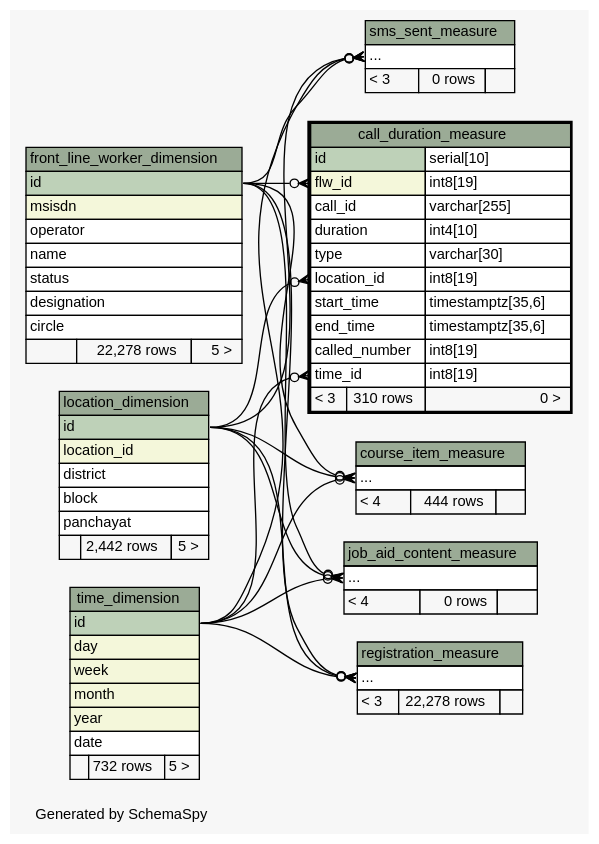
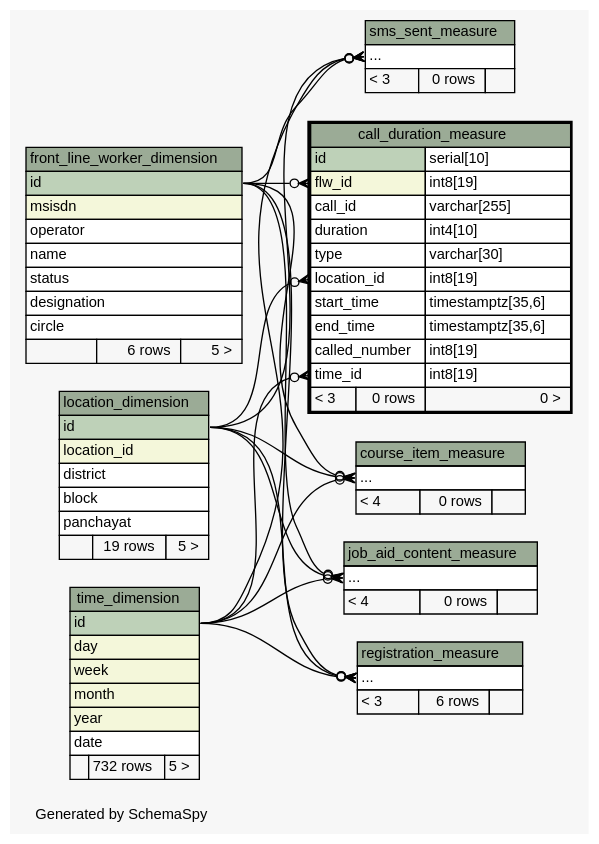
The diagram in ananya-report/build/schemaspy-output/diagrams/call_duration_measure.2degrees.dot (motech/ananya), drawn with Graphviz before and after one commit. The commit also changed 76 other files, not shown here.

```diff
--- a/ananya-report/build/schemaspy-output/diagrams/call_duration_measure.2degrees.dot
+++ b/ananya-report/build/schemaspy-output/diagrams/call_duration_measure.2degrees.dot
@@ -1,141 +1,141 @@
 // dot 2.26.3 on Linux 2.6.38-11-generic-pae
 // SchemaSpy rev 590
 digraph "twoDegreesRelationshipsDiagram" {
   graph [
     rankdir="RL"
     bgcolor="#f7f7f7"
     label="\nGenerated by SchemaSpy"
     labeljust="l"
     nodesep="0.18"
     ranksep="0.46"
     fontname="Helvetica"
     fontsize="11"
   ];
   node [
     fontname="Helvetica"
     fontsize="11"
     shape="plaintext"
   ];
   edge [
     arrowsize="0.8"
   ];
   "call_duration_measure":"flw_id":w -> "front_line_worker_dimension":"id":e [arrowhead=none dir=back arrowtail=crowodot];
   "call_duration_measure":"location_id":w -> "location_dimension":"id":e [arrowhead=none dir=back arrowtail=crowodot];
   "call_duration_measure":"time_id":w -> "time_dimension":"id":e [arrowhead=none dir=back arrowtail=crowodot];
   "course_item_measure":"elipses":w -> "front_line_worker_dimension":"id":e [arrowhead=none dir=back arrowtail=crowodot];
   "course_item_measure":"elipses":w -> "location_dimension":"id":e [arrowhead=none dir=back arrowtail=crowodot];
   "course_item_measure":"elipses":w -> "time_dimension":"id":e [arrowhead=none dir=back arrowtail=crowodot];
   "job_aid_content_measure":"elipses":w -> "front_line_worker_dimension":"id":e [arrowhead=none dir=back arrowtail=crowodot];
   "job_aid_content_measure":"elipses":w -> "location_dimension":"id":e [arrowhead=none dir=back arrowtail=crowodot];
   "job_aid_content_measure":"elipses":w -> "time_dimension":"id":e [arrowhead=none dir=back arrowtail=crowodot];
   "registration_measure":"elipses":w -> "front_line_worker_dimension":"id":e [arrowhead=none dir=back arrowtail=crowodot];
   "registration_measure":"elipses":w -> "location_dimension":"id":e [arrowhead=none dir=back arrowtail=crowodot];
   "registration_measure":"elipses":w -> "time_dimension":"id":e [arrowhead=none dir=back arrowtail=crowodot];
   "sms_sent_measure":"elipses":w -> "front_line_worker_dimension":"id":e [arrowhead=none dir=back arrowtail=crowodot];
   "sms_sent_measure":"elipses":w -> "location_dimension":"id":e [arrowhead=none dir=back arrowtail=crowodot];
   "sms_sent_measure":"elipses":w -> "time_dimension":"id":e [arrowhead=none dir=back arrowtail=crowodot];
   "call_duration_measure" [
     label=<
     <TABLE BORDER="2" CELLBORDER="1" CELLSPACING="0" BGCOLOR="#ffffff">
       <TR><TD COLSPAN="3" BGCOLOR="#9bab96" ALIGN="CENTER">call_duration_measure</TD></TR>
       <TR><TD PORT="id" COLSPAN="2" BGCOLOR="#bed1b8" ALIGN="LEFT">id</TD><TD PORT="id.type" ALIGN="LEFT">serial[10]</TD></TR>
       <TR><TD PORT="flw_id" COLSPAN="2" BGCOLOR="#f4f7da" ALIGN="LEFT">flw_id</TD><TD PORT="flw_id.type" ALIGN="LEFT">int8[19]</TD></TR>
       <TR><TD PORT="call_id" COLSPAN="2" ALIGN="LEFT">call_id</TD><TD PORT="call_id.type" ALIGN="LEFT">varchar[255]</TD></TR>
       <TR><TD PORT="duration" COLSPAN="2" ALIGN="LEFT">duration</TD><TD PORT="duration.type" ALIGN="LEFT">int4[10]</TD></TR>
       <TR><TD PORT="type" COLSPAN="2" ALIGN="LEFT">type</TD><TD PORT="type.type" ALIGN="LEFT">varchar[30]</TD></TR>
       <TR><TD PORT="location_id" COLSPAN="2" ALIGN="LEFT">location_id</TD><TD PORT="location_id.type" ALIGN="LEFT">int8[19]</TD></TR>
       <TR><TD PORT="start_time" COLSPAN="2" ALIGN="LEFT">start_time</TD><TD PORT="start_time.type" ALIGN="LEFT">timestamptz[35,6]</TD></TR>
       <TR><TD PORT="end_time" COLSPAN="2" ALIGN="LEFT">end_time</TD><TD PORT="end_time.type" ALIGN="LEFT">timestamptz[35,6]</TD></TR>
       <TR><TD PORT="called_number" COLSPAN="2" ALIGN="LEFT">called_number</TD><TD PORT="called_number.type" ALIGN="LEFT">int8[19]</TD></TR>
       <TR><TD PORT="time_id" COLSPAN="2" ALIGN="LEFT">time_id</TD><TD PORT="time_id.type" ALIGN="LEFT">int8[19]</TD></TR>
-      <TR><TD ALIGN="LEFT" BGCOLOR="#f7f7f7">&lt; 3</TD><TD ALIGN="RIGHT" BGCOLOR="#f7f7f7">310 rows</TD><TD ALIGN="RIGHT" BGCOLOR="#f7f7f7">0 &gt;</TD></TR>
+      <TR><TD ALIGN="LEFT" BGCOLOR="#f7f7f7">&lt; 3</TD><TD ALIGN="RIGHT" BGCOLOR="#f7f7f7">0 rows</TD><TD ALIGN="RIGHT" BGCOLOR="#f7f7f7">0 &gt;</TD></TR>
     </TABLE>>
     URL="call_duration_measure.html"
     tooltip="call_duration_measure"
   ];
   "course_item_measure" [
     label=<
     <TABLE BORDER="0" CELLBORDER="1" CELLSPACING="0" BGCOLOR="#ffffff">
       <TR><TD COLSPAN="3" BGCOLOR="#9bab96" ALIGN="CENTER">course_item_measure</TD></TR>
       <TR><TD PORT="elipses" COLSPAN="3" ALIGN="LEFT">...</TD></TR>
-      <TR><TD ALIGN="LEFT" BGCOLOR="#f7f7f7">&lt; 4</TD><TD ALIGN="RIGHT" BGCOLOR="#f7f7f7">444 rows</TD><TD ALIGN="RIGHT" BGCOLOR="#f7f7f7">  </TD></TR>
+      <TR><TD ALIGN="LEFT" BGCOLOR="#f7f7f7">&lt; 4</TD><TD ALIGN="RIGHT" BGCOLOR="#f7f7f7">0 rows</TD><TD ALIGN="RIGHT" BGCOLOR="#f7f7f7">  </TD></TR>
     </TABLE>>
     URL="course_item_measure.html"
     tooltip="course_item_measure"
   ];
   "front_line_worker_dimension" [
     label=<
     <TABLE BORDER="0" CELLBORDER="1" CELLSPACING="0" BGCOLOR="#ffffff">
       <TR><TD COLSPAN="3" BGCOLOR="#9bab96" ALIGN="CENTER">front_line_worker_dimension</TD></TR>
       <TR><TD PORT="id" COLSPAN="3" BGCOLOR="#bed1b8" ALIGN="LEFT">id</TD></TR>
       <TR><TD PORT="msisdn" COLSPAN="3" BGCOLOR="#f4f7da" ALIGN="LEFT">msisdn</TD></TR>
       <TR><TD PORT="operator" COLSPAN="3" ALIGN="LEFT">operator</TD></TR>
       <TR><TD PORT="name" COLSPAN="3" ALIGN="LEFT">name</TD></TR>
       <TR><TD PORT="status" COLSPAN="3" ALIGN="LEFT">status</TD></TR>
       <TR><TD PORT="designation" COLSPAN="3" ALIGN="LEFT">designation</TD></TR>
       <TR><TD PORT="circle" COLSPAN="3" ALIGN="LEFT">circle</TD></TR>
-      <TR><TD ALIGN="LEFT" BGCOLOR="#f7f7f7">  </TD><TD ALIGN="RIGHT" BGCOLOR="#f7f7f7">22,278 rows</TD><TD ALIGN="RIGHT" BGCOLOR="#f7f7f7">5 &gt;</TD></TR>
+      <TR><TD ALIGN="LEFT" BGCOLOR="#f7f7f7">  </TD><TD ALIGN="RIGHT" BGCOLOR="#f7f7f7">6 rows</TD><TD ALIGN="RIGHT" BGCOLOR="#f7f7f7">5 &gt;</TD></TR>
     </TABLE>>
     URL="front_line_worker_dimension.html"
     tooltip="front_line_worker_dimension"
   ];
   "job_aid_content_measure" [
     label=<
     <TABLE BORDER="0" CELLBORDER="1" CELLSPACING="0" BGCOLOR="#ffffff">
       <TR><TD COLSPAN="3" BGCOLOR="#9bab96" ALIGN="CENTER">job_aid_content_measure</TD></TR>
       <TR><TD PORT="elipses" COLSPAN="3" ALIGN="LEFT">...</TD></TR>
       <TR><TD ALIGN="LEFT" BGCOLOR="#f7f7f7">&lt; 4</TD><TD ALIGN="RIGHT" BGCOLOR="#f7f7f7">0 rows</TD><TD ALIGN="RIGHT" BGCOLOR="#f7f7f7">  </TD></TR>
     </TABLE>>
     URL="job_aid_content_measure.html"
     tooltip="job_aid_content_measure"
   ];
   "location_dimension" [
     label=<
     <TABLE BORDER="0" CELLBORDER="1" CELLSPACING="0" BGCOLOR="#ffffff">
       <TR><TD COLSPAN="3" BGCOLOR="#9bab96" ALIGN="CENTER">location_dimension</TD></TR>
       <TR><TD PORT="id" COLSPAN="3" BGCOLOR="#bed1b8" ALIGN="LEFT">id</TD></TR>
       <TR><TD PORT="location_id" COLSPAN="3" BGCOLOR="#f4f7da" ALIGN="LEFT">location_id</TD></TR>
       <TR><TD PORT="district" COLSPAN="3" ALIGN="LEFT">district</TD></TR>
       <TR><TD PORT="block" COLSPAN="3" ALIGN="LEFT">block</TD></TR>
       <TR><TD PORT="panchayat" COLSPAN="3" ALIGN="LEFT">panchayat</TD></TR>
-      <TR><TD ALIGN="LEFT" BGCOLOR="#f7f7f7">  </TD><TD ALIGN="RIGHT" BGCOLOR="#f7f7f7">2,442 rows</TD><TD ALIGN="RIGHT" BGCOLOR="#f7f7f7">5 &gt;</TD></TR>
+      <TR><TD ALIGN="LEFT" BGCOLOR="#f7f7f7">  </TD><TD ALIGN="RIGHT" BGCOLOR="#f7f7f7">19 rows</TD><TD ALIGN="RIGHT" BGCOLOR="#f7f7f7">5 &gt;</TD></TR>
     </TABLE>>
     URL="location_dimension.html"
     tooltip="location_dimension"
   ];
   "registration_measure" [
     label=<
     <TABLE BORDER="0" CELLBORDER="1" CELLSPACING="0" BGCOLOR="#ffffff">
       <TR><TD COLSPAN="3" BGCOLOR="#9bab96" ALIGN="CENTER">registration_measure</TD></TR>
       <TR><TD PORT="elipses" COLSPAN="3" ALIGN="LEFT">...</TD></TR>
-      <TR><TD ALIGN="LEFT" BGCOLOR="#f7f7f7">&lt; 3</TD><TD ALIGN="RIGHT" BGCOLOR="#f7f7f7">22,278 rows</TD><TD ALIGN="RIGHT" BGCOLOR="#f7f7f7">  </TD></TR>
+      <TR><TD ALIGN="LEFT" BGCOLOR="#f7f7f7">&lt; 3</TD><TD ALIGN="RIGHT" BGCOLOR="#f7f7f7">6 rows</TD><TD ALIGN="RIGHT" BGCOLOR="#f7f7f7">  </TD></TR>
     </TABLE>>
     URL="registration_measure.html"
     tooltip="registration_measure"
   ];
   "sms_sent_measure" [
     label=<
     <TABLE BORDER="0" CELLBORDER="1" CELLSPACING="0" BGCOLOR="#ffffff">
       <TR><TD COLSPAN="3" BGCOLOR="#9bab96" ALIGN="CENTER">sms_sent_measure</TD></TR>
       <TR><TD PORT="elipses" COLSPAN="3" ALIGN="LEFT">...</TD></TR>
       <TR><TD ALIGN="LEFT" BGCOLOR="#f7f7f7">&lt; 3</TD><TD ALIGN="RIGHT" BGCOLOR="#f7f7f7">0 rows</TD><TD ALIGN="RIGHT" BGCOLOR="#f7f7f7">  </TD></TR>
     </TABLE>>
     URL="sms_sent_measure.html"
     tooltip="sms_sent_measure"
   ];
   "time_dimension" [
     label=<
     <TABLE BORDER="0" CELLBORDER="1" CELLSPACING="0" BGCOLOR="#ffffff">
       <TR><TD COLSPAN="3" BGCOLOR="#9bab96" ALIGN="CENTER">time_dimension</TD></TR>
       <TR><TD PORT="id" COLSPAN="3" BGCOLOR="#bed1b8" ALIGN="LEFT">id</TD></TR>
       <TR><TD PORT="day" COLSPAN="3" BGCOLOR="#f4f7da" ALIGN="LEFT">day</TD></TR>
       <TR><TD PORT="week" COLSPAN="3" BGCOLOR="#f4f7da" ALIGN="LEFT">week</TD></TR>
       <TR><TD PORT="month" COLSPAN="3" BGCOLOR="#f4f7da" ALIGN="LEFT">month</TD></TR>
       <TR><TD PORT="year" COLSPAN="3" BGCOLOR="#f4f7da" ALIGN="LEFT">year</TD></TR>
       <TR><TD PORT="date" COLSPAN="3" ALIGN="LEFT">date</TD></TR>
       <TR><TD ALIGN="LEFT" BGCOLOR="#f7f7f7">  </TD><TD ALIGN="RIGHT" BGCOLOR="#f7f7f7">732 rows</TD><TD ALIGN="RIGHT" BGCOLOR="#f7f7f7">5 &gt;</TD></TR>
     </TABLE>>
     URL="time_dimension.html"
     tooltip="time_dimension"
   ];
 }
```
